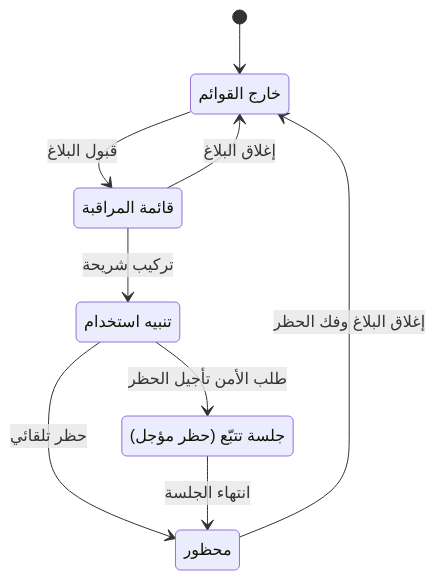
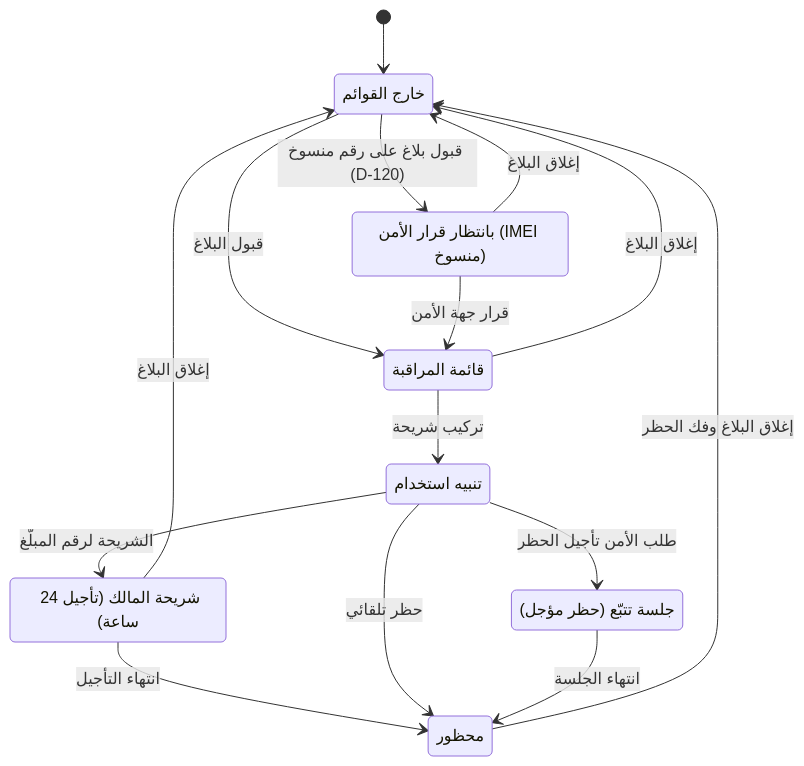
One commit to servacode/imei changed the seventh of 11 diagrams in docs/14-operational-lifecycle.md. Above: the diagram before and after it, drawn with Mermaid. The commit also changed other lines of this file and 5 other files, not shown here.

````diff
--- a/docs/14-operational-lifecycle.md
+++ b/docs/14-operational-lifecycle.md
@@ -195,16 +267,24 @@
 ```mermaid
 stateDiagram-v2
     state "خارج القوائم" as None
+    state "بانتظار قرار الأمن (IMEI منسوخ)" as Cloned
     state "قائمة المراقبة" as Watch
     state "تنبيه استخدام" as Used
+    state "شريحة المالك (تأجيل 24 ساعة)" as OwnerSim
     state "جلسة تتبّع (حظر مؤجل)" as Track
     state "محظور" as Blocked
     [*] --> None
     None --> Watch: قبول البلاغ
+    None --> Cloned: قبول بلاغ على رقم منسوخ (D-120)
+    Cloned --> Watch: قرار جهة الأمن
+    Cloned --> None: إغلاق البلاغ
     Watch --> Used: تركيب شريحة
+    Used --> OwnerSim: الشريحة لرقم المبلّغ
+    OwnerSim --> None: إغلاق البلاغ
+    OwnerSim --> Blocked: انتهاء التأجيل
     Used --> Track: طلب الأمن تأجيل الحظر
     Used --> Blocked: حظر تلقائي
     Track --> Blocked: انتهاء الجلسة
     Watch --> None: إغلاق البلاغ
     Blocked --> None: إغلاق البلاغ وفك الحظر
 ```
````
